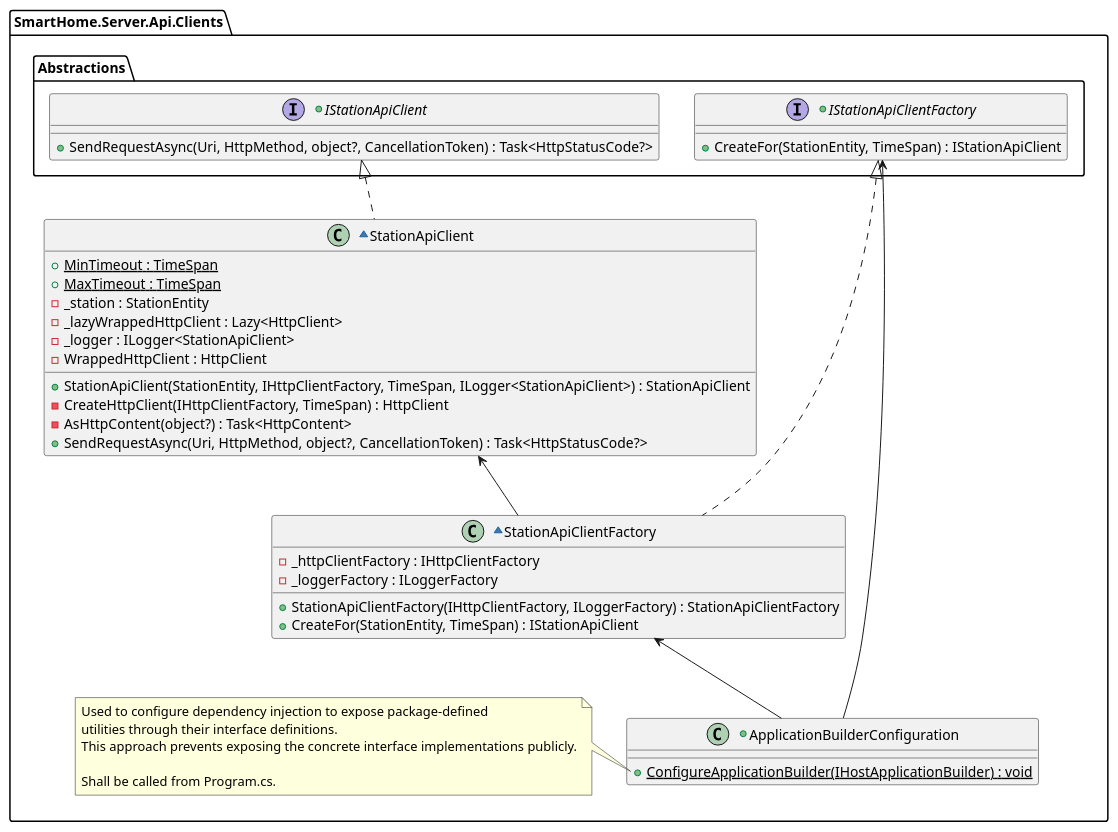
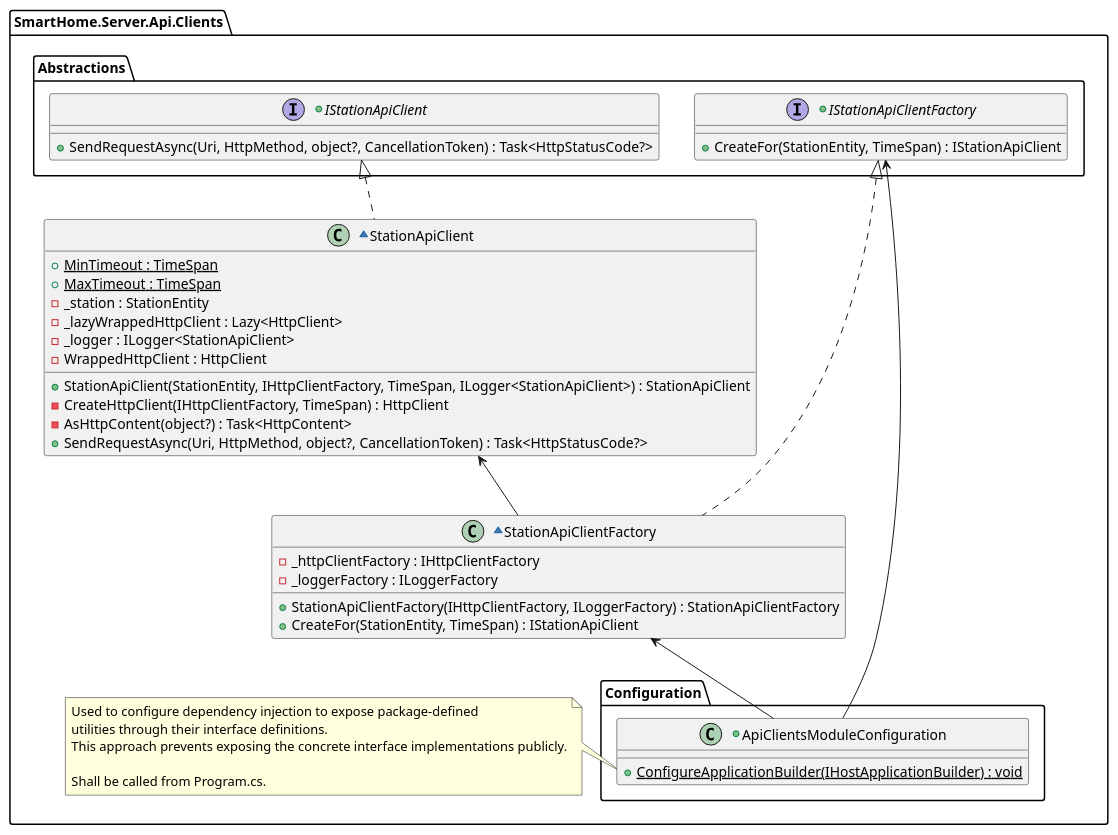
One commit to JakubMiodunka/smart-home changed the diagram in doc/Server/uml/modules/SmartHome.Server.Api.Clients.pu. Above: the diagram before and after it, drawn with PlantUML. The commit also changed 8 other files, not shown here.

Commit message:
[#40] Adding application builder confiuguration for ClientsApiControllers module.

```diff
--- a/doc/Server/uml/modules/SmartHome.Server.Api.Clients.pu
+++ b/doc/Server/uml/modules/SmartHome.Server.Api.Clients.pu
@@ -1,53 +1,55 @@
 @startuml
 
 package "SmartHome.Server.Api.Clients" as ApiClient {
     package Abstractions {
         +interface IStationApiClient {
             +SendRequestAsync(Uri, HttpMethod, object?, CancellationToken) : Task<HttpStatusCode?>
         }
 
         +interface IStationApiClientFactory {
             +CreateFor(StationEntity, TimeSpan) : IStationApiClient
+        }
+    }
+
+    package Configuration {
+        +class ApiClientsModuleConfiguration {
+            +{static} ConfigureApplicationBuilder(IHostApplicationBuilder) : void
         }
     }
 
     ~class StationApiClient {
         +{static} MinTimeout : TimeSpan
         +{static} MaxTimeout : TimeSpan
         -_station : StationEntity
         -_lazyWrappedHttpClient : Lazy<HttpClient>
         -_logger : ILogger<StationApiClient>
         -WrappedHttpClient : HttpClient
         +StationApiClient(StationEntity, IHttpClientFactory, TimeSpan, ILogger<StationApiClient>) : StationApiClient
         -CreateHttpClient(IHttpClientFactory, TimeSpan) : HttpClient
         -AsHttpContent(object?) : Task<HttpContent>
         +SendRequestAsync(Uri, HttpMethod, object?, CancellationToken) : Task<HttpStatusCode?>
     }
 
     ~class StationApiClientFactory {
         -_httpClientFactory : IHttpClientFactory
         -_loggerFactory : ILoggerFactory
         +StationApiClientFactory(IHttpClientFactory, ILoggerFactory) : StationApiClientFactory
         +CreateFor(StationEntity, TimeSpan) : IStationApiClient
     }
 
-    +class ApplicationBuilderConfiguration {
-        +{static} ConfigureApplicationBuilder(IHostApplicationBuilder) : void
-    }
-
     IStationApiClientFactory <|.. StationApiClientFactory
     IStationApiClient <|.. StationApiClient
     StationApiClient <-- StationApiClientFactory
-    IStationApiClientFactory <-- ApplicationBuilderConfiguration
-    StationApiClientFactory <-- ApplicationBuilderConfiguration
+    IStationApiClientFactory <-- ApiClientsModuleConfiguration
+    StationApiClientFactory <-- ApiClientsModuleConfiguration
 
-    note left of ApplicationBuilderConfiguration::ConfigureApplicationBuilder
+    note left of ApiClientsModuleConfiguration::ConfigureApplicationBuilder
         Used to configure dependency injection to expose package-defined 
         utilities through their interface definitions.
         This approach prevents exposing the concrete interface implementations publicly.
         
         Shall be called from Program.cs.
     end note
 }
 
 @enduml
```
